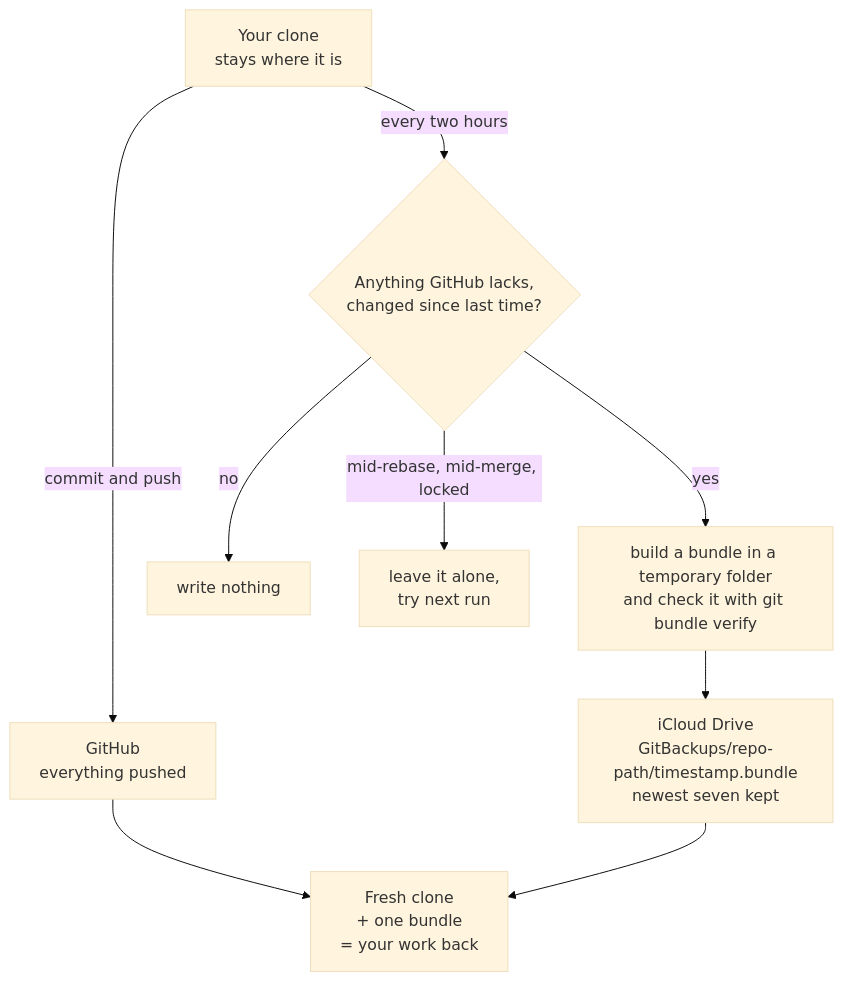
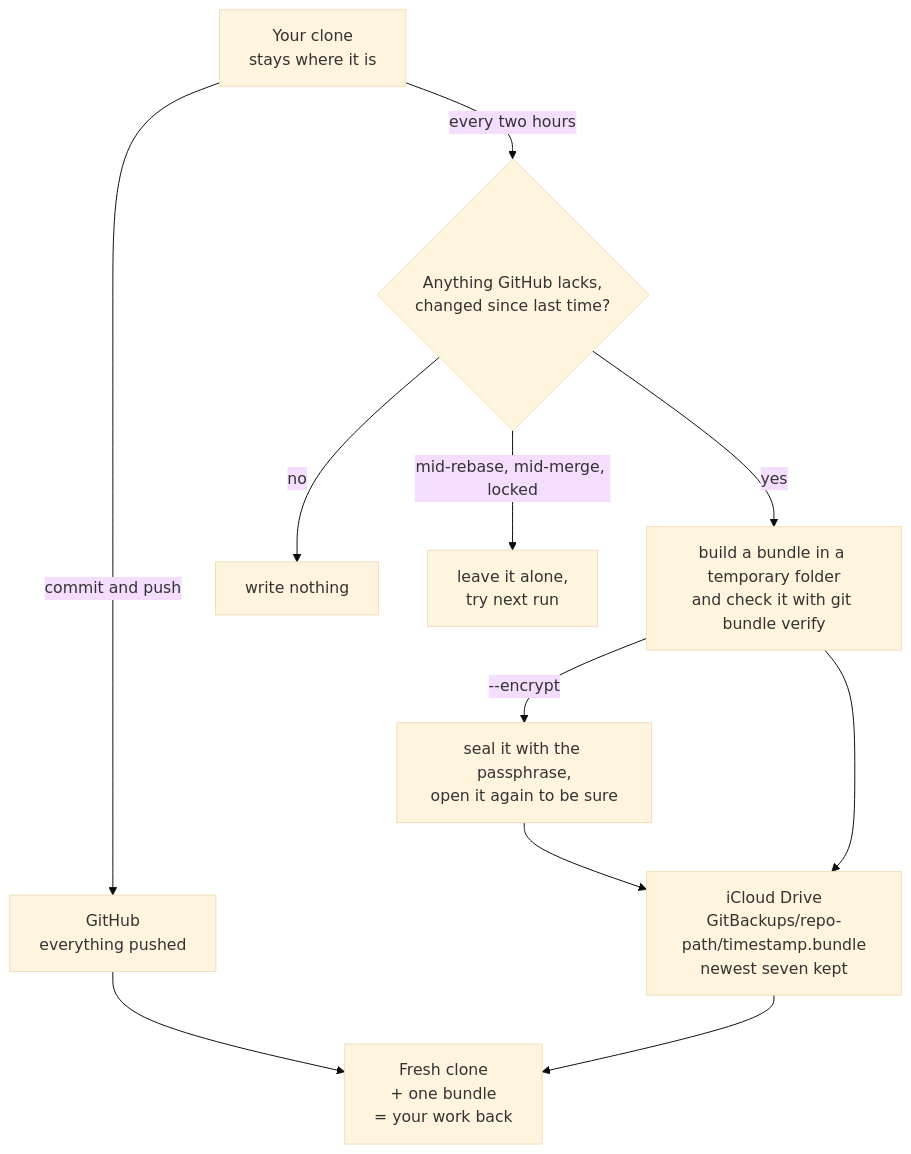
The diagram in walkthroughs/ICLOUD-AND-GITHUB-TOGETHER.md (drasticstatic/my-template), drawn with Mermaid (base theme) before and after one commit. The commit also changed other lines of this file and 2 other files, not shown here.

````diff
--- a/walkthroughs/ICLOUD-AND-GITHUB-TOGETHER.md
+++ b/walkthroughs/ICLOUD-AND-GITHUB-TOGETHER.md
@@ -32,11 +34,13 @@
 ```mermaid
 flowchart TD
   C["Your clone<br/>stays where it is"] -->|"commit and push"| G["GitHub<br/>everything pushed"]
   C -->|"every two hours"| S{"Anything GitHub lacks,<br/>changed since last time?"}
   S -->|"no"| N["write nothing"]
   S -->|"mid-rebase, mid-merge, locked"| D["leave it alone,<br/>try next run"]
   S -->|"yes"| B["build a bundle in a temporary folder<br/>and check it with git bundle verify"]
+  B -->|"--encrypt"| E["seal it with the passphrase,<br/>open it again to be sure"]
   B --> I["iCloud Drive<br/>GitBackups/repo-path/timestamp.bundle<br/>newest seven kept"]
+  E --> I
   G --> R["Fresh clone<br/>+ one bundle<br/>= your work back"]
   I --> R
 ```
````
